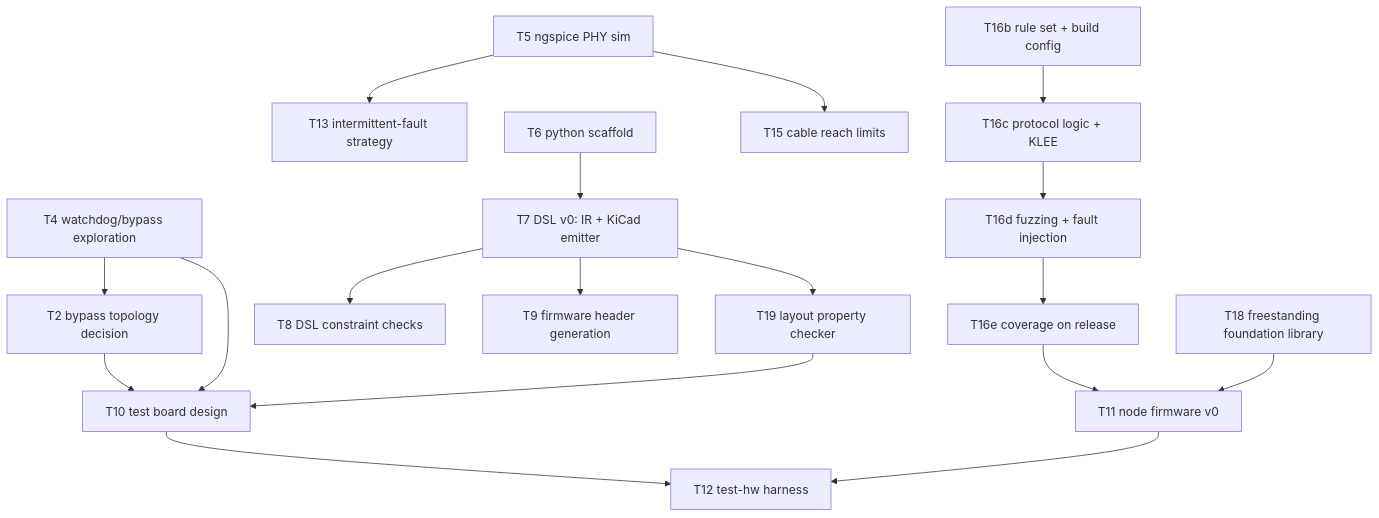
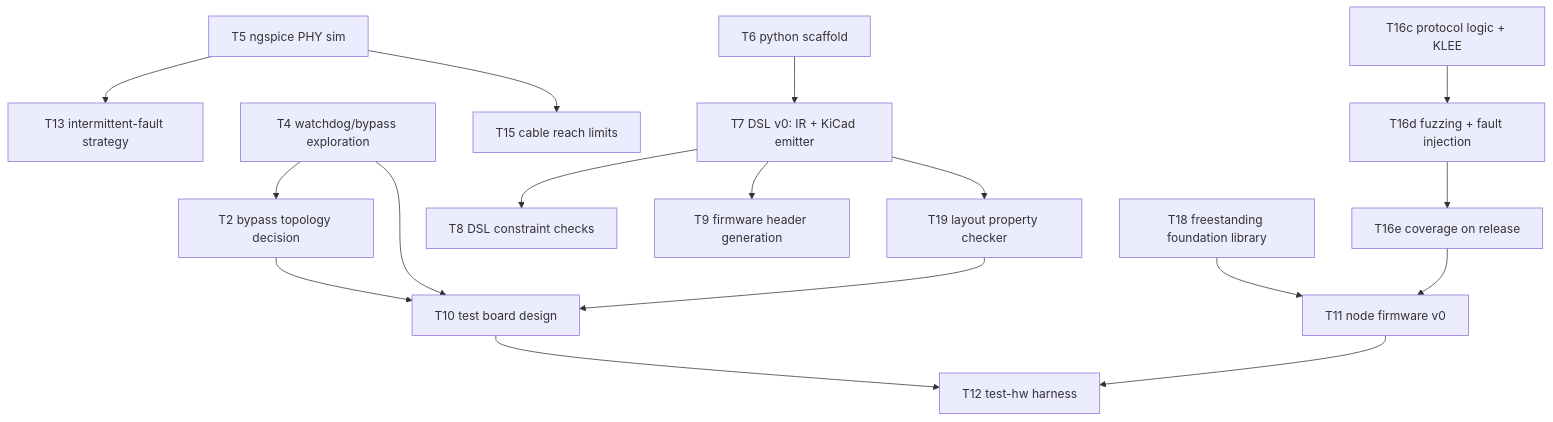
One commit to kristofferkoch/oparroy changed the diagram in KANBAN.md. Above: the diagram before and after it, drawn with Mermaid. The commit also changed other lines of this file and 16 other files, not shown here.

````diff
--- a/KANBAN.md
+++ b/KANBAN.md
@@ -34,20 +34,19 @@
 ```mermaid
 graph TD
     T5[T5 ngspice PHY sim] --> T13[T13 intermittent-fault strategy]
     T4[T4 watchdog/bypass exploration] --> T2[T2 bypass topology decision]
     T2 --> T10[T10 test board design]
     T4 --> T10
     T19 --> T10
     T6[T6 python scaffold] --> T7[T7 DSL v0: IR + KiCad emitter]
     T7 --> T8[T8 DSL constraint checks]
     T7 --> T9[T9 firmware header generation]
     T7 --> T19[T19 layout property checker]
     T10 --> T12[T12 test-hw harness]
     T11 --> T12
     T5 --> T15[T15 cable reach limits]
-    T16b[T16b rule set + build config] --> T16c[T16c protocol logic + KLEE]
-    T16c --> T16d[T16d fuzzing + fault injection]
+    T16c[T16c protocol logic + KLEE] --> T16d[T16d fuzzing + fault injection]
     T16d --> T16e[T16e coverage on release]
     T16e --> T11[T11 node firmware v0]
     T18[T18 freestanding foundation library] --> T11
 ```
````
